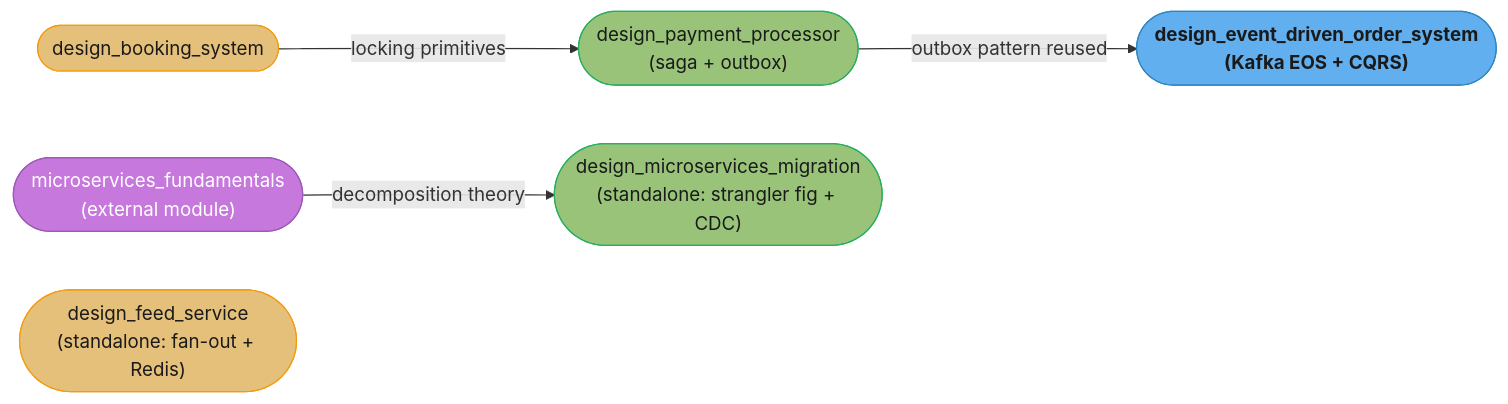
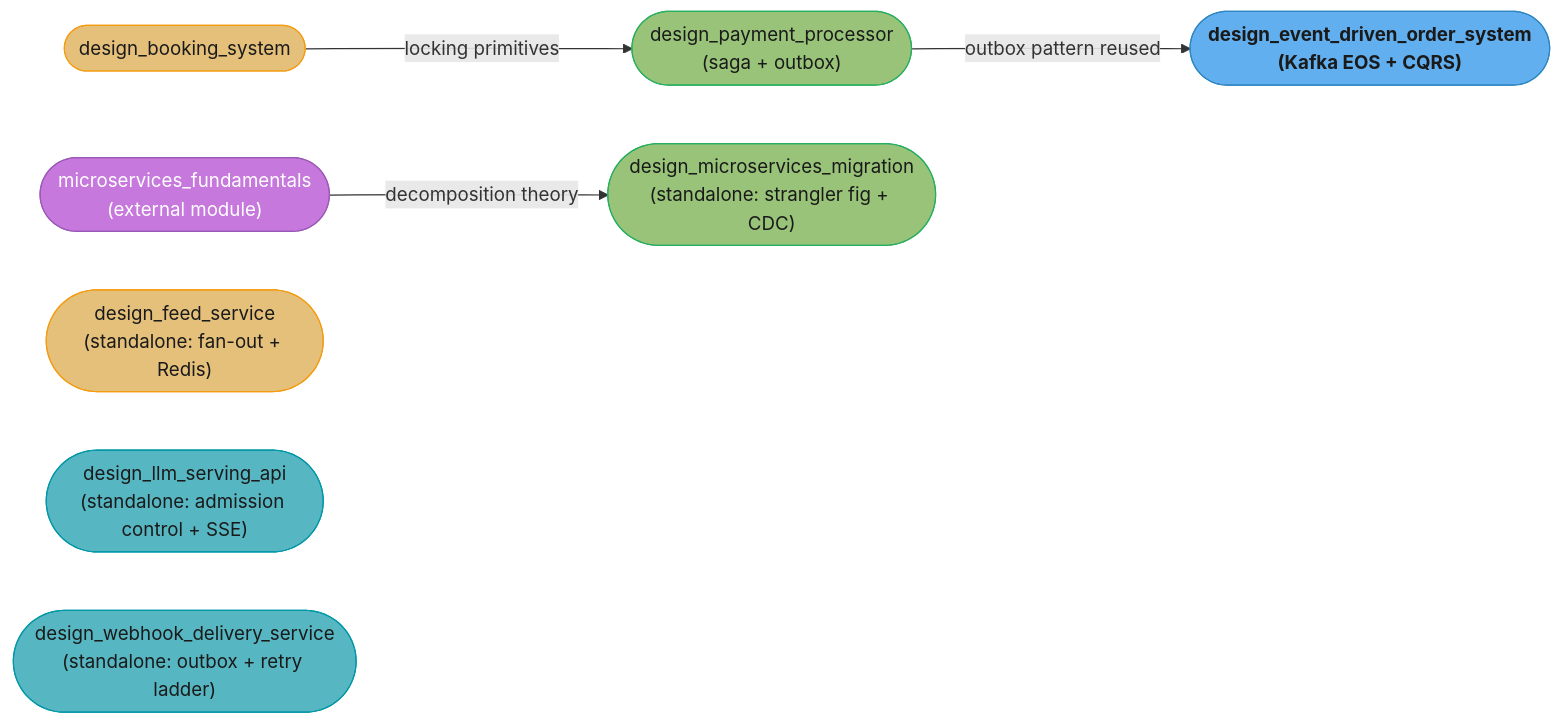
Before and after one commit to rppol/system-design: the diagram in src/main/java/com/rutik/systemdesign/backend/case_studies/case_studies.md, drawn with Mermaid. The commit also changed other lines of this file and 466 other files, not shown here.

````diff
--- a/src/main/java/com/rutik/systemdesign/backend/case_studies/case_studies.md
+++ b/src/main/java/com/rutik/systemdesign/backend/case_studies/case_studies.md
@@ -75,20 +87,23 @@
 ```mermaid
 flowchart LR
     classDef io      fill:#61afef,stroke:#2e86c1,color:#1a1a1a,font-weight:bold
     classDef frozen  fill:#c678dd,stroke:#9b59b6,color:#fff
     classDef train   fill:#98c379,stroke:#27ae60,color:#1a1a1a
     classDef mathOp  fill:#d19a66,stroke:#e67e22,color:#1a1a1a,font-weight:bold
     classDef lossN   fill:#e06c75,stroke:#c0392b,color:#fff,font-weight:bold
     classDef req     fill:#56b6c2,stroke:#0097a7,color:#1a1a1a
     classDef base    fill:#e5c07b,stroke:#f39c12,color:#1a1a1a
 
     booking(["design_booking_system"]) -->|"locking primitives"| payment(["design_payment_processor<br/>(saga + outbox)"])
     payment -->|"outbox pattern reused"| eventOrder(["design_event_driven_order_system<br/>(Kafka EOS + CQRS)"])
     msFund(["microservices_fundamentals<br/>(external module)"]) -->|"decomposition theory"| migration(["design_microservices_migration<br/>(standalone: strangler fig + CDC)"])
     feed(["design_feed_service<br/>(standalone: fan-out + Redis)"])
+    llmapi(["design_llm_serving_api<br/>(standalone: admission control + SSE)"])
+    webhook(["design_webhook_delivery_service<br/>(standalone: outbox + retry ladder)"])
 
     class booking,feed base
+    class llmapi,webhook req
     class payment,migration train
     class eventOrder io
     class msFund frozen
 ```
````
